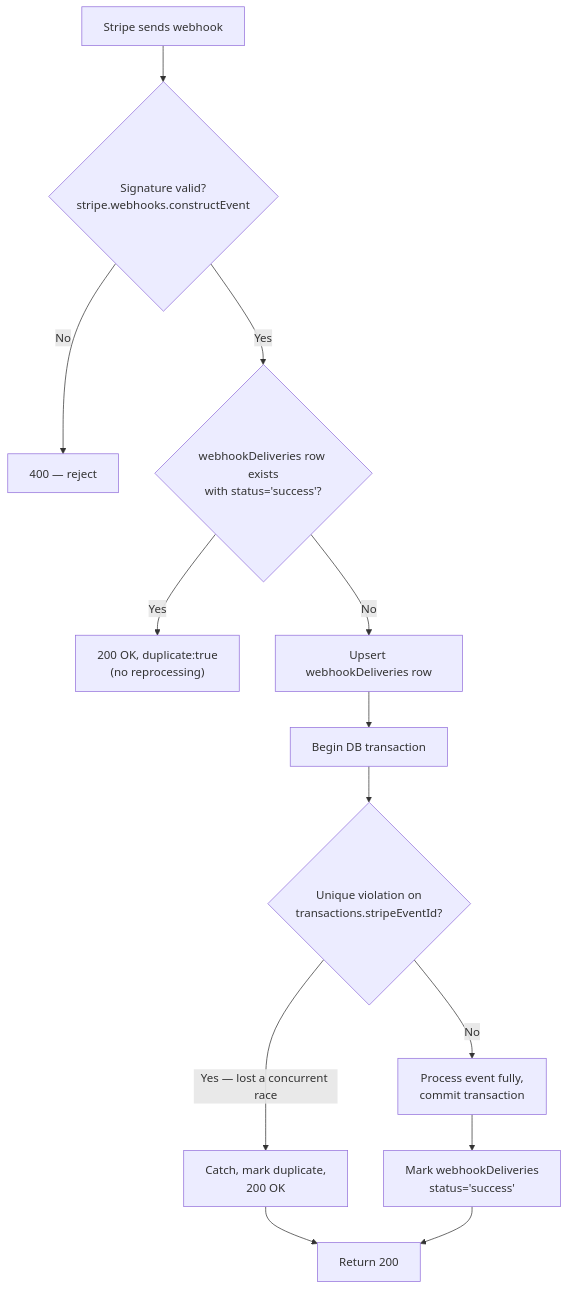
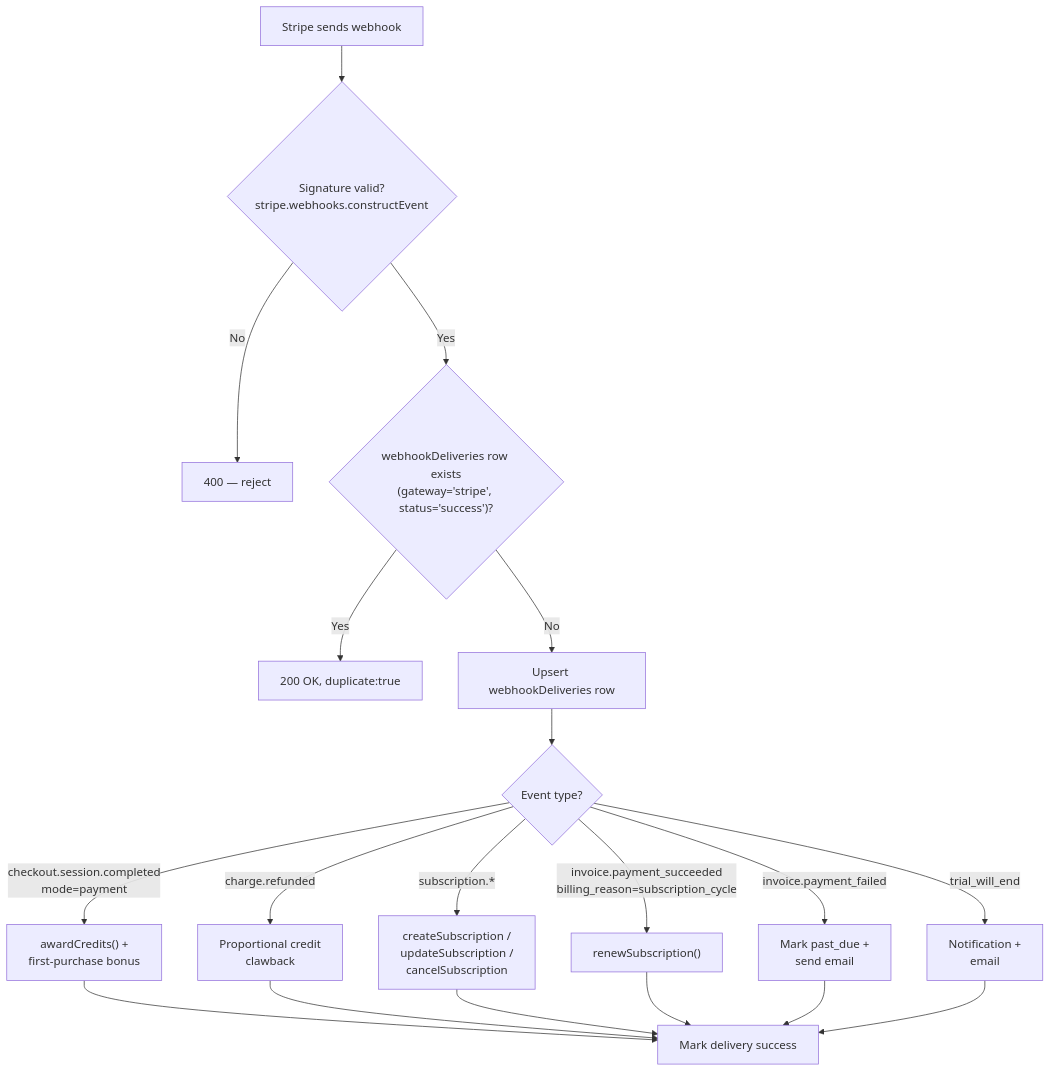
Before and after one commit to txufiknr/Twistloom-backend: the sixth of 8 diagrams in docs/architecture/PAYMENTS_ARCHITECTURE_BACKEND.md, drawn with Mermaid. The commit also changed other lines of this file and 34 other files, not shown here.

````diff
--- a/docs/architecture/PAYMENTS_ARCHITECTURE_BACKEND.md
+++ b/docs/architecture/PAYMENTS_ARCHITECTURE_BACKEND.md
@@ -374,15 +547,21 @@
 ```mermaid
 flowchart TD
     A["Stripe sends webhook"] --> B{"Signature valid?<br/>stripe.webhooks.constructEvent"}
     B -- No --> Z["400 — reject"]
-    B -- Yes --> C{"webhookDeliveries row exists<br/>with status='success'?"}
-    C -- Yes --> D["200 OK, duplicate:true<br/>(no reprocessing)"]
+    B -- Yes --> C{"webhookDeliveries row exists<br/>(gateway='stripe', status='success')?"}
+    C -- Yes --> D["200 OK, duplicate:true"]
     C -- No --> E["Upsert webhookDeliveries row"]
-    E --> F["Begin DB transaction"]
-    F --> G{"Unique violation on<br/>transactions.stripeEventId?"}
-    G -- "Yes — lost a concurrent race" --> H["Catch, mark duplicate,<br/>200 OK"]
-    G -- No --> I["Process event fully,<br/>commit transaction"]
-    I --> J["Mark webhookDeliveries<br/>status='success'"]
-    H --> K["Return 200"]
-    J --> K
+    E --> F{"Event type?"}
+    F -->|checkout.session.completed<br/>mode=payment| G["awardCredits() +<br/>first-purchase bonus"]
+    F -->|charge.refunded| H["Proportional credit<br/>clawback"]
+    F -->|subscription.*| I["createSubscription /<br/>updateSubscription /<br/>cancelSubscription"]
+    F -->|invoice.payment_succeeded<br/>billing_reason=subscription_cycle| J["renewSubscription()"]
+    F -->|invoice.payment_failed| K["Mark past_due +<br/>send email"]
+    F -->|trial_will_end| L["Notification +<br/>email"]
+    G --> M["Mark delivery success"]
+    H --> M
+    I --> M
+    J --> M
+    K --> M
+    L --> M
 ```
````
